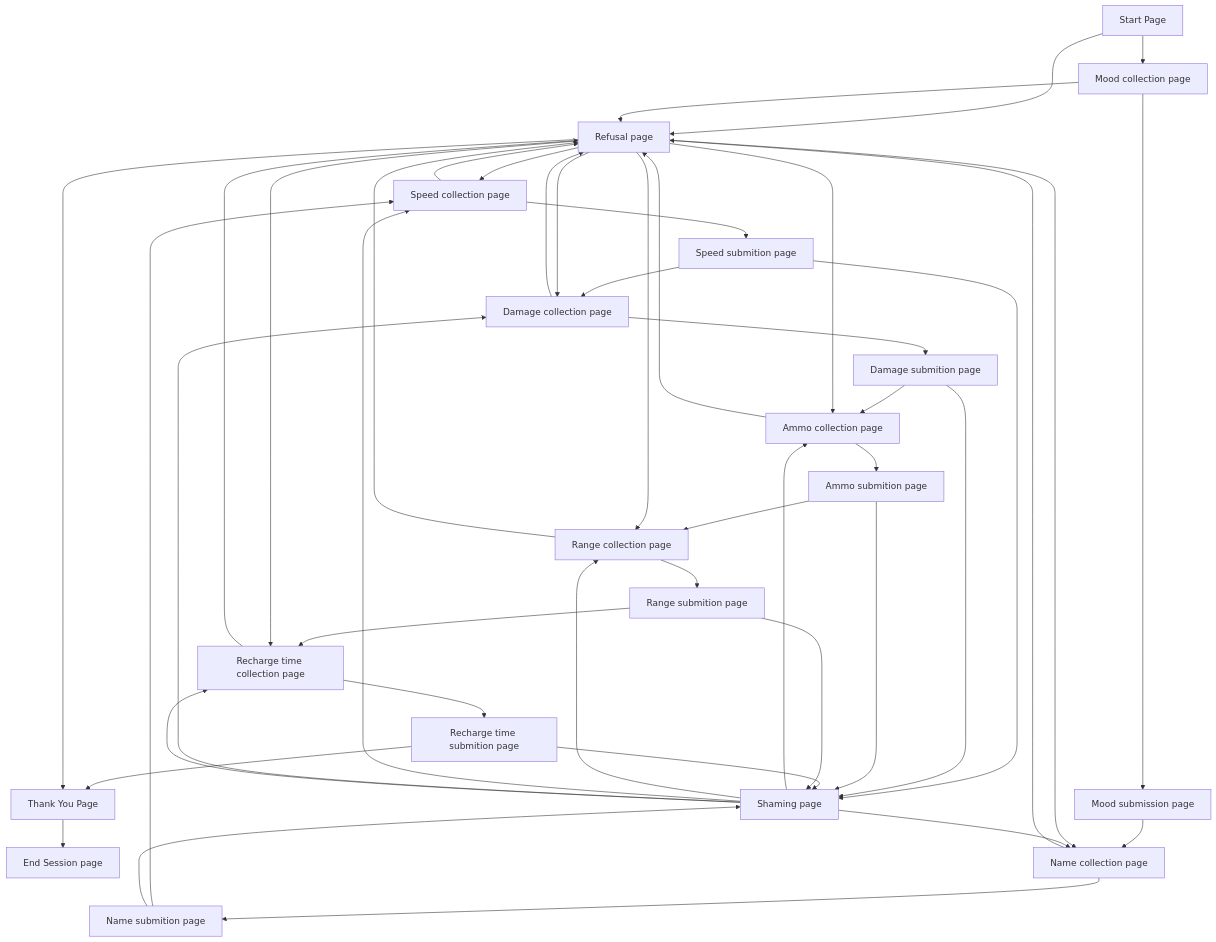
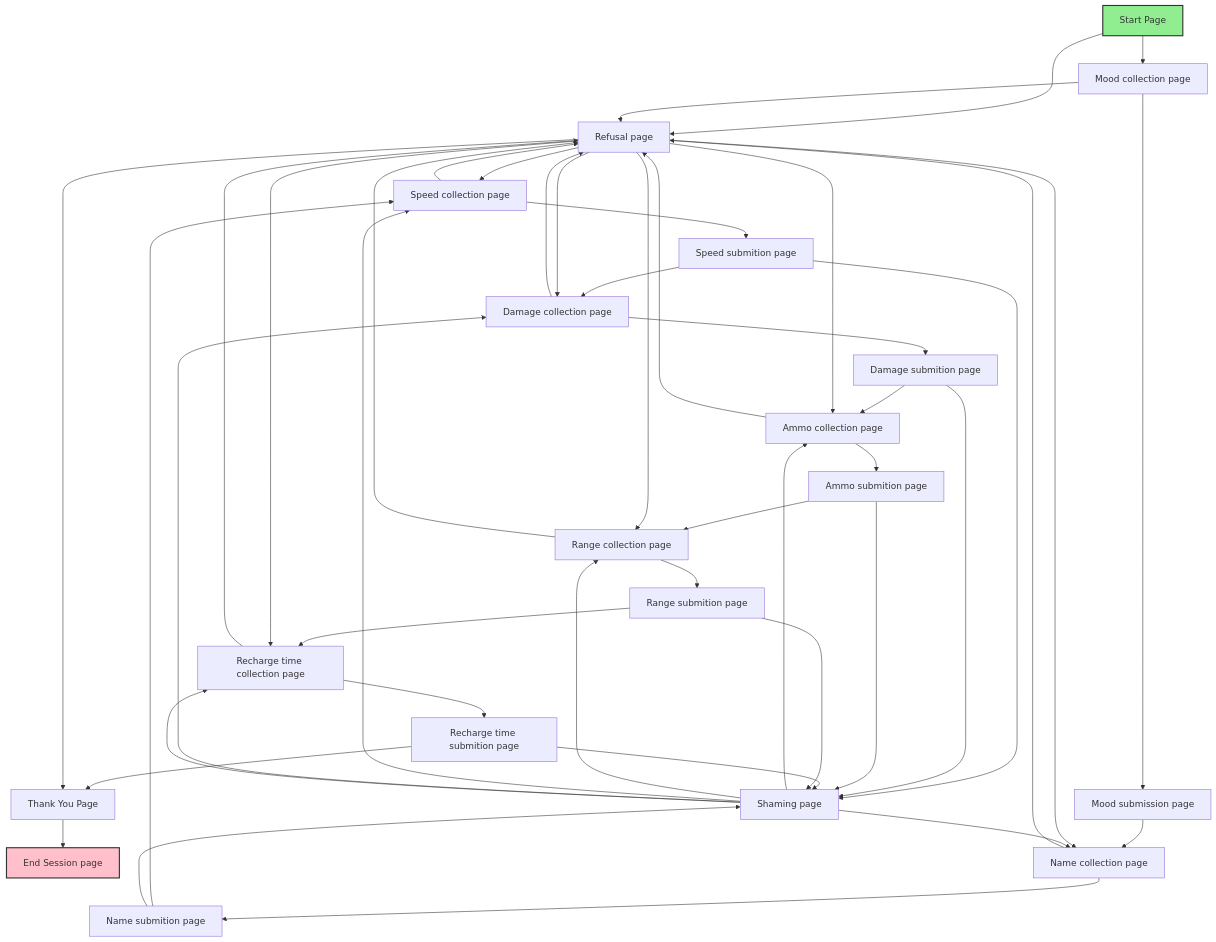
One commit to rchDev/game-of-points changed the second of 2 diagrams in docs/conv-agent.md. Above: the diagram before and after it, drawn with Mermaid.

````diff
--- a/docs/conv-agent.md
+++ b/docs/conv-agent.md
@@ -49,52 +49,56 @@
 ```mermaid
 graph TD
     StartPage["Start Page"] --> RefusalPage["Refusal page"]
     StartPage --> UserMoodCollection["Mood collection page"]
     RefusalPage --> WeaponSpeedCollection["Speed collection page"]
     WeaponSpeedCollection --> WeaponSpeedSubmission["Speed submition page"]
     WeaponSpeedSubmission --> WeaponDamageCollection["Damage collection page"]
     WeaponDamageCollection --> WeaponDamageSubmission["Damage submition page"]
     ShamingPage["Shaming page"] --> WeaponAmmoCollection["Ammo collection page"]
     ThankYouPage --> EndSession["End Session page"]
     WeaponAmmoCollection --> WeaponAmmoSubmission["Ammo submition page"]
     WeaponAmmoSubmission --> WeaponRangeCollection
     ShamingPage --> WeaponRangeCollection["Range collection page"]
     WeaponRangeCollection --> WeaponRangeSubmission["Range submition page"]
     WeaponRangeSubmission --> WeaponRechargeTimeCollection["Recharge time collection page"]
     WeaponRechargeTimeCollection --> WeaponRechargeTimeSubmission["Recharge time submition page"]
     WeaponRechargeTimeSubmission --> ThankYouPage["Thank You Page"]
     RefusalPage --> ThankYouPage
 
     UserMoodCollection --> UserMoodSubmission["Mood submission page"]
     UserMoodSubmission --> WeaponNameCollection["Name collection page"]
     WeaponNameCollection --> WeaponNameSubmission["Name submition page"]
     WeaponNameSubmission --> WeaponSpeedCollection
     WeaponDamageSubmission --> WeaponAmmoCollection
 
     UserMoodCollection --> RefusalPage
     WeaponNameCollection --> RefusalPage
     WeaponSpeedCollection --> RefusalPage
     WeaponDamageCollection --> RefusalPage
     WeaponAmmoCollection --> RefusalPage
     WeaponRangeCollection --> RefusalPage
     WeaponRechargeTimeCollection --> RefusalPage
 
     RefusalPage --> WeaponNameCollection
     RefusalPage --> WeaponDamageCollection
     RefusalPage --> WeaponAmmoCollection
     RefusalPage --> WeaponRangeCollection
     RefusalPage --> WeaponRechargeTimeCollection
 
     WeaponNameSubmission --> ShamingPage
     WeaponSpeedSubmission --> ShamingPage
     WeaponDamageSubmission --> ShamingPage
     WeaponAmmoSubmission --> ShamingPage
     WeaponRechargeTimeSubmission --> ShamingPage
     WeaponRangeSubmission --> ShamingPage
 
 
     ShamingPage --> WeaponNameCollection
     ShamingPage --> WeaponSpeedCollection
     ShamingPage --> WeaponDamageCollection
     ShamingPage --> WeaponRechargeTimeCollection
+
+    %% --- styles ---
+    style StartPage fill:#90EE90,stroke:#333,stroke-width:2px
+    style EndSession fill:pink,stroke:#333,stroke-width:2px
 ```
````
